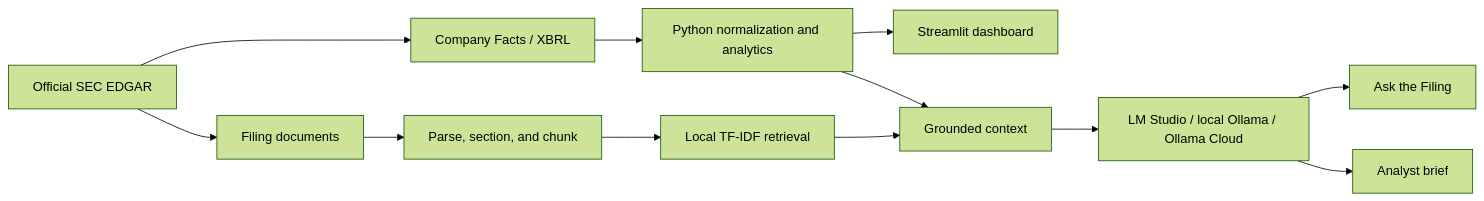
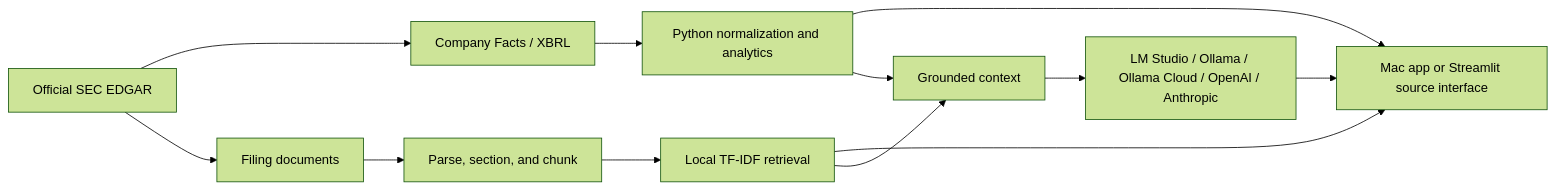
Before and after one commit to asapino308/FilingLens: the diagram in README.md, drawn with Mermaid (forest theme). The commit also changed other lines of this file, not shown here.

First line of the commit message:
Refresh FilingLens 0.2.0 public description

````diff
--- a/README.md
+++ b/README.md
@@ -38,14 +38,14 @@
 ```mermaid
 flowchart LR
     SEC[Official SEC EDGAR] --> XBRL[Company Facts / XBRL]
     SEC --> DOCS[Filing documents]
     XBRL --> PY[Python normalization and analytics]
-    PY --> DASH[Streamlit dashboard]
+    PY --> UI[Mac app or Streamlit source interface]
     DOCS --> PARSE[Parse, section, and chunk]
     PARSE --> RET[Local TF-IDF retrieval]
+    RET --> UI
     RET --> CTX[Grounded context]
     PY --> CTX
-    CTX --> LM[LM Studio / local Ollama / Ollama Cloud]
-    LM --> QA[Ask the Filing]
-    LM --> BRIEF[Analyst brief]
+    CTX --> LM[LM Studio / Ollama / Ollama Cloud / OpenAI / Anthropic]
+    LM --> UI
 ```
````
